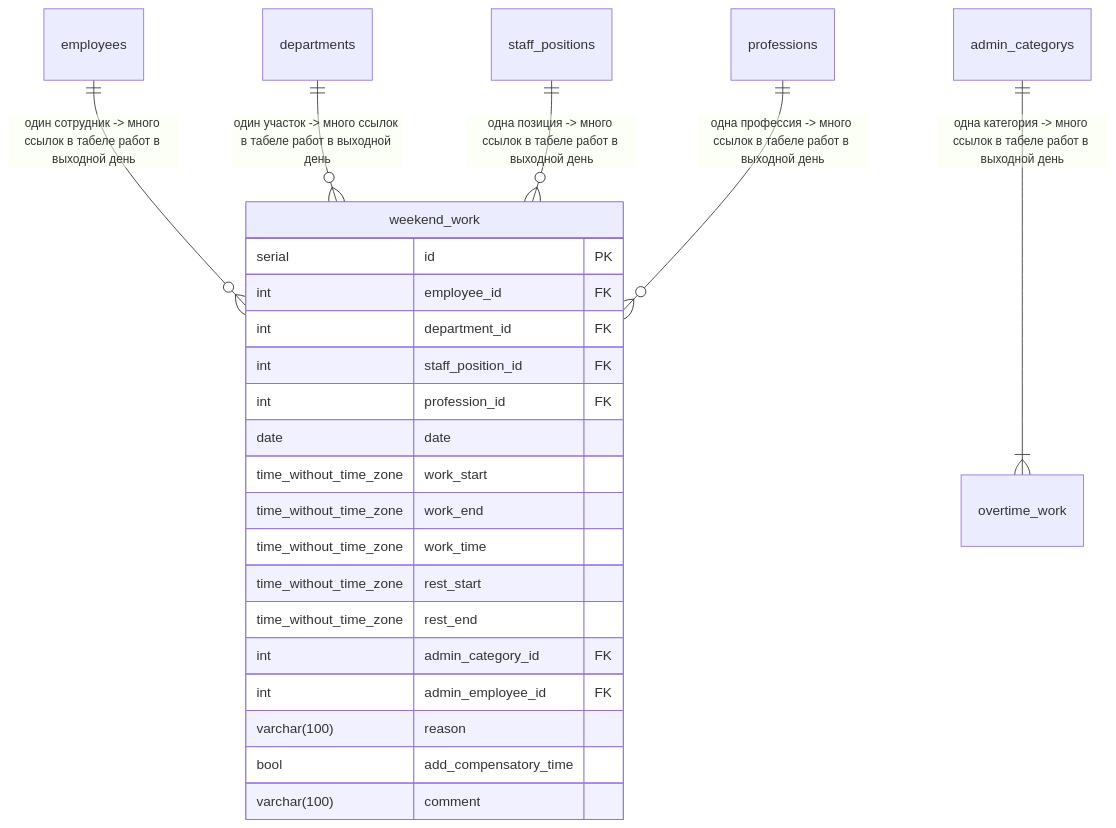
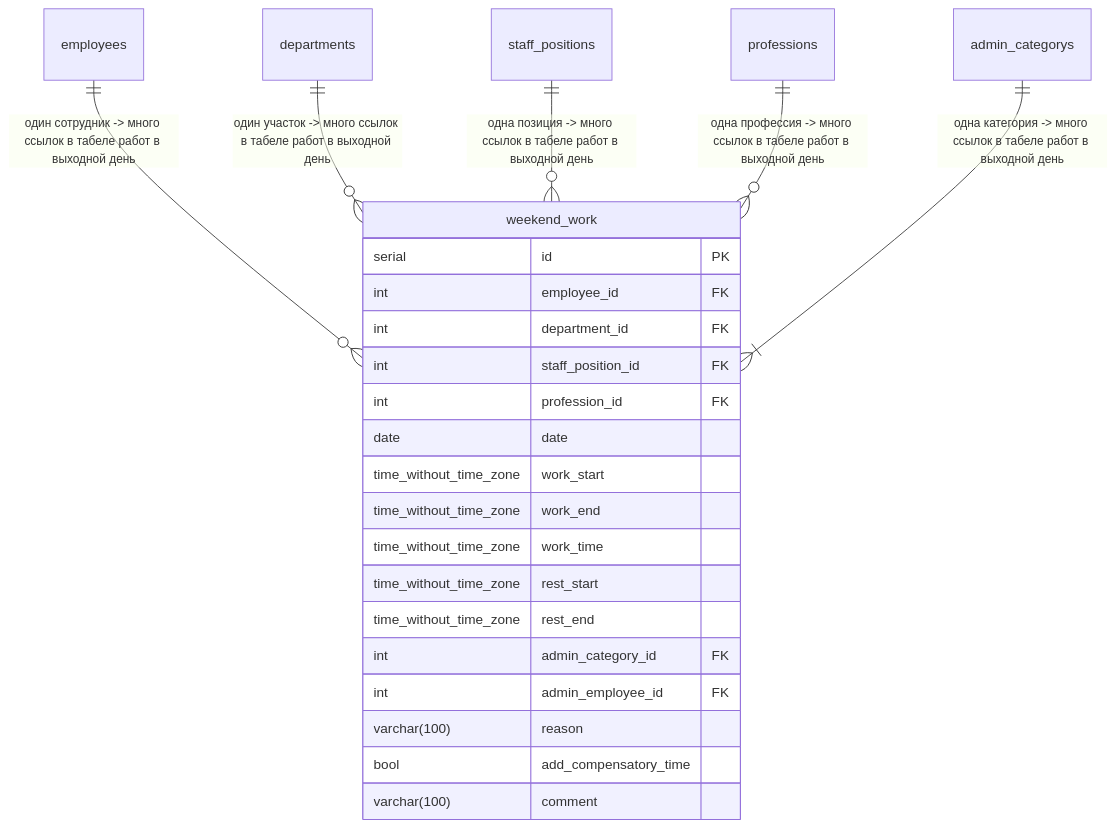
Before and after one commit to DRUsmanov/the_system_project: the fifth of 5 diagrams in README.md, drawn with Mermaid.

````diff
--- a/README.md
+++ b/README.md
@@ -164,27 +164,27 @@
 ```mermaid
 erDiagram
 weekend_work{
 serial id PK
 int employee_id FK
 int department_id FK
 int staff_position_id FK
 int profession_id FK
 date date
 time_without_time_zone work_start
 time_without_time_zone work_end
 time_without_time_zone work_time
 time_without_time_zone rest_start
 time_without_time_zone rest_end
 int admin_category_id FK
 int admin_employee_id FK
 varchar(100) reason
 bool add_compensatory_time
 varchar(100) comment
 }
 
 employees ||--o{ weekend_work : "один сотрудник -> много ссылок в табеле работ в выходной день"
 departments ||--o{ weekend_work : "один участок -> много ссылок в табеле работ в выходной день"
 staff_positions ||--o{ weekend_work : "одна позиция -> много ссылок в табеле работ в выходной день"
 professions ||--o{ weekend_work : "одна профессия -> много ссылок в табеле работ в выходной день"
-admin_categorys ||--|{ overtime_work : "одна категория -> много ссылок в табеле работ в выходной день"
+admin_categorys ||--|{ weekend_work : "одна категория -> много ссылок в табеле работ в выходной день"
 ```
````
